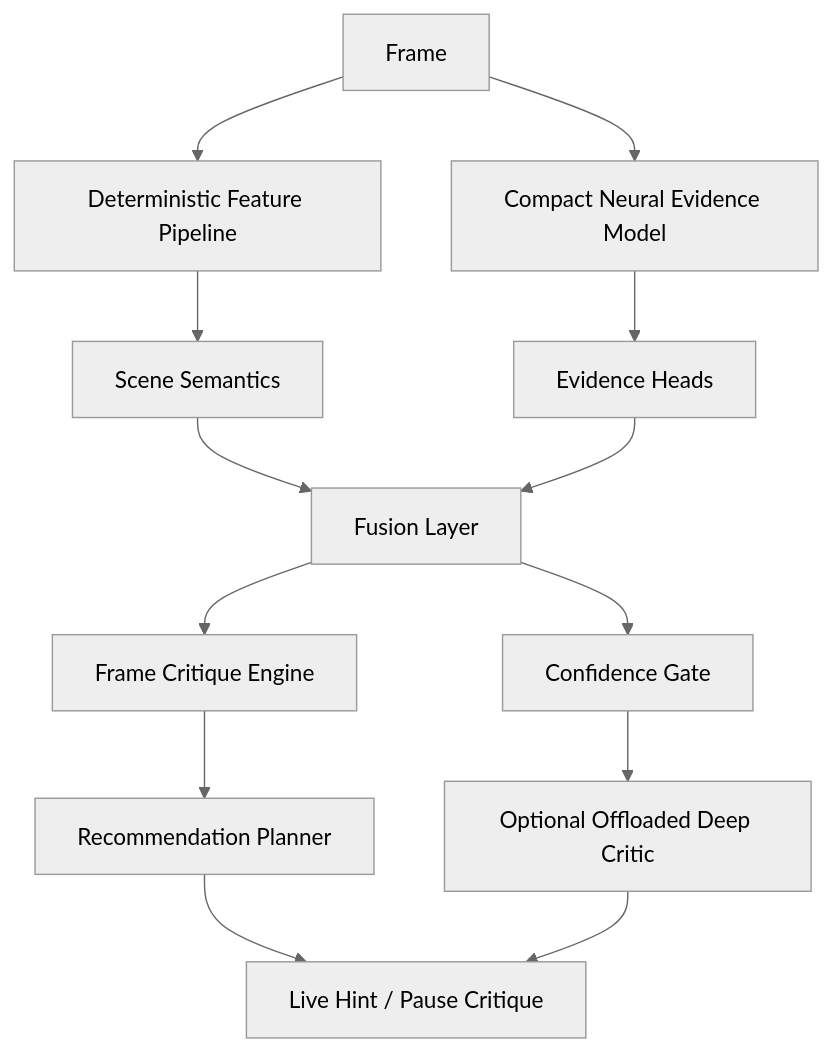
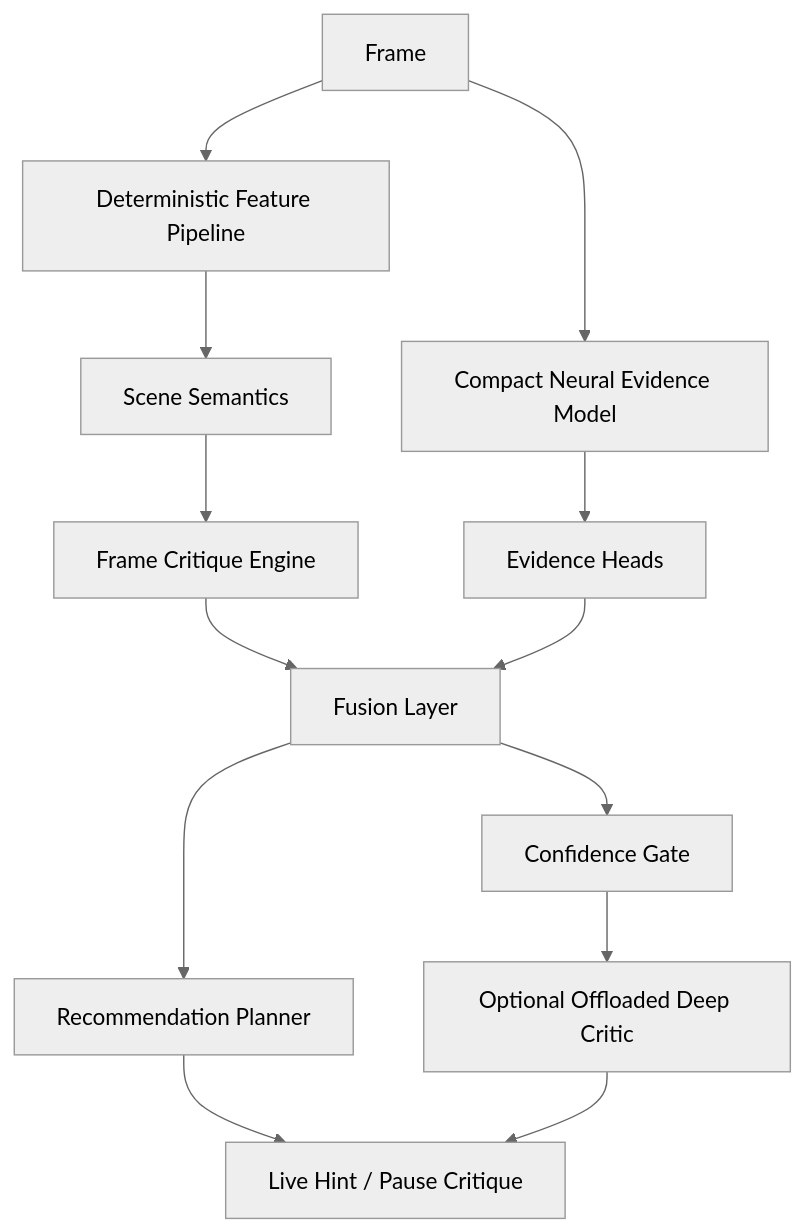
One commit to rustemd02/shafinMultitool changed the second of 2 diagrams in docs/cameraanalysis/02-pipeline-architecture.md. Above: the diagram before and after it, drawn with Mermaid (neutral theme). The commit also changed other lines of this file and 11 other files, not shown here.

````diff
--- a/docs/cameraanalysis/02-pipeline-architecture.md
+++ b/docs/cameraanalysis/02-pipeline-architecture.md
@@ -209,15 +210,15 @@
 ```mermaid
 flowchart TD
     A["Frame"] --> B["Deterministic Feature Pipeline"]
     A --> C["Compact Neural Evidence Model"]
     B --> D["Scene Semantics"]
+    D --> G["Frame Critique Engine"]
     C --> E["Evidence Heads"]
-    D --> F["Fusion Layer"]
+    G --> F["Fusion Layer"]
     E --> F
-    F --> G["Frame Critique Engine"]
-    G --> H["Recommendation Planner"]
+    F --> H["Recommendation Planner"]
     H --> I["Live Hint / Pause Critique"]
     F --> J["Confidence Gate"]
     J --> K["Optional Offloaded Deep Critic"]
     K --> I
 ```
````
